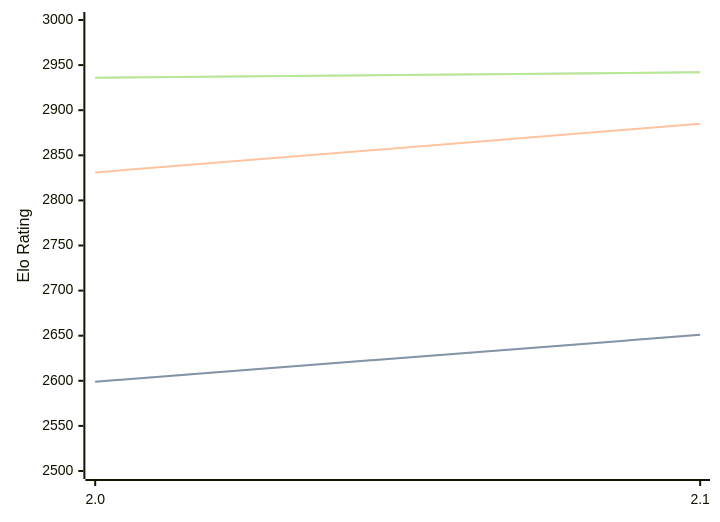
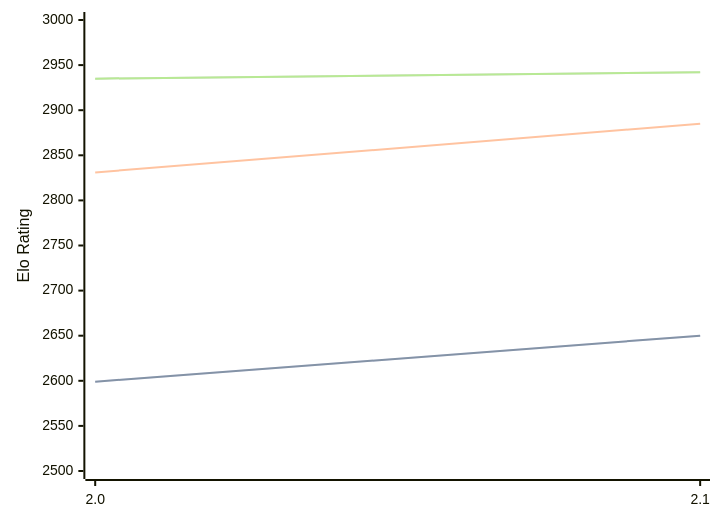
The diagram in engines/Noggin.md (computer-chess-index/cci), drawn with Mermaid before and after one commit. The commit also changed other lines of this file, not shown here.

Commit message:
Update CCI Ratings (ELO VLTC) - 2026-09-12

````diff
--- a/engines/Noggin.md
+++ b/engines/Noggin.md
@@ -33,11 +33,11 @@
 ```mermaid
 %%{init: {"theme":"base","themeVariables":{"seriesColors:['#a3a3a3','#222221','#faa371']}}}%%
 xychart-beta
   x-axis ["2.0", "2.1"]
   y-axis "Elo Rating" 2500 --> 3000
-  line "" [2599, 2651]
-  line "STC (8.0+0.08s)" [2599, 2651]
+  line "" [2599, 2650]
+  line "STC (8.0+0.08s)" [2599, 2650]
   line "LTC (60.0+0.60s)" [2831, 2885]
-  line "" [2936, 2942]
-  line "VLTC (2m24s+1.12s)" [2936, 2942]
+  line "" [2935, 2942]
+  line "VLTC (2m24s+1.12s)" [2935, 2942]
 ```
````
